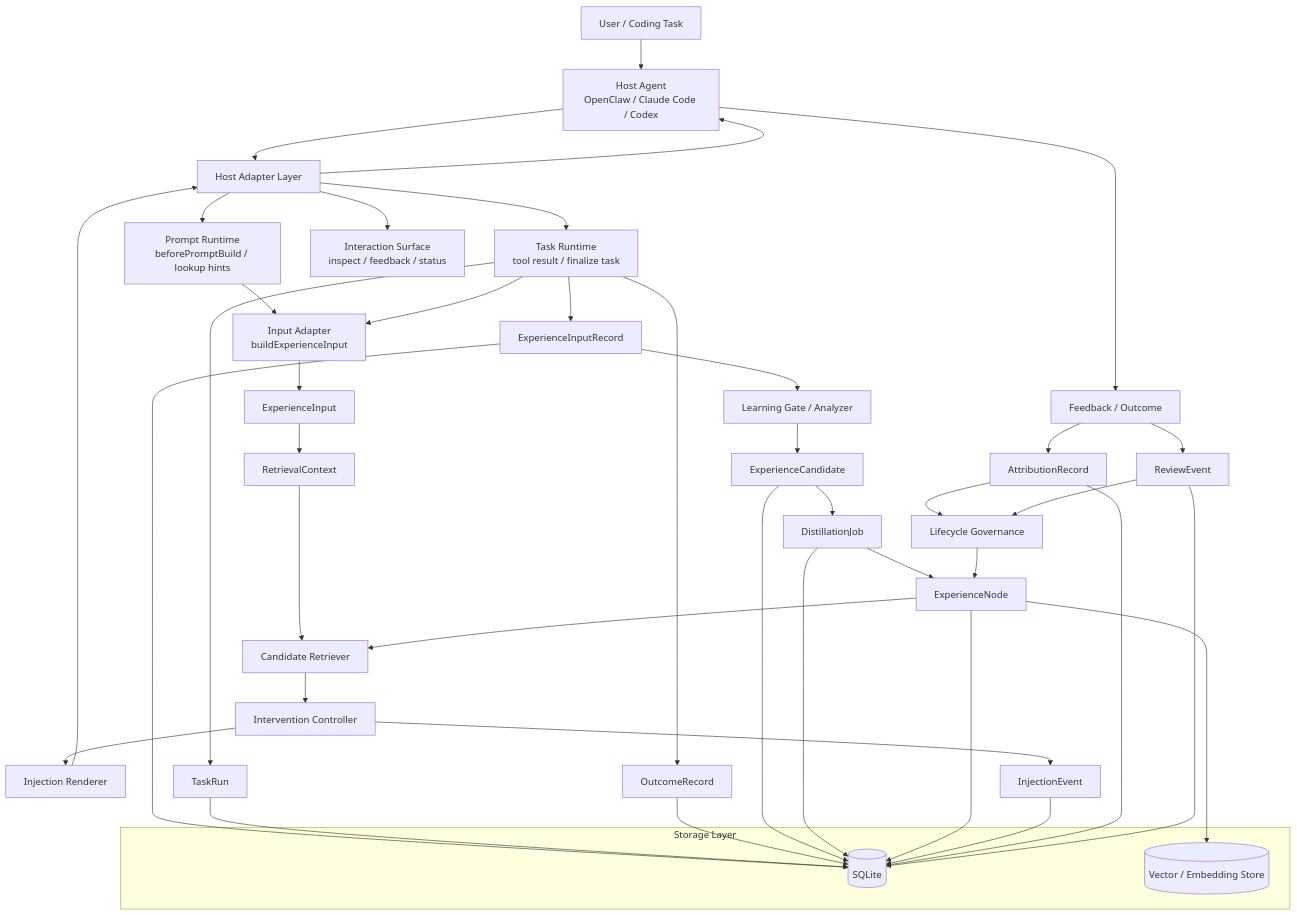
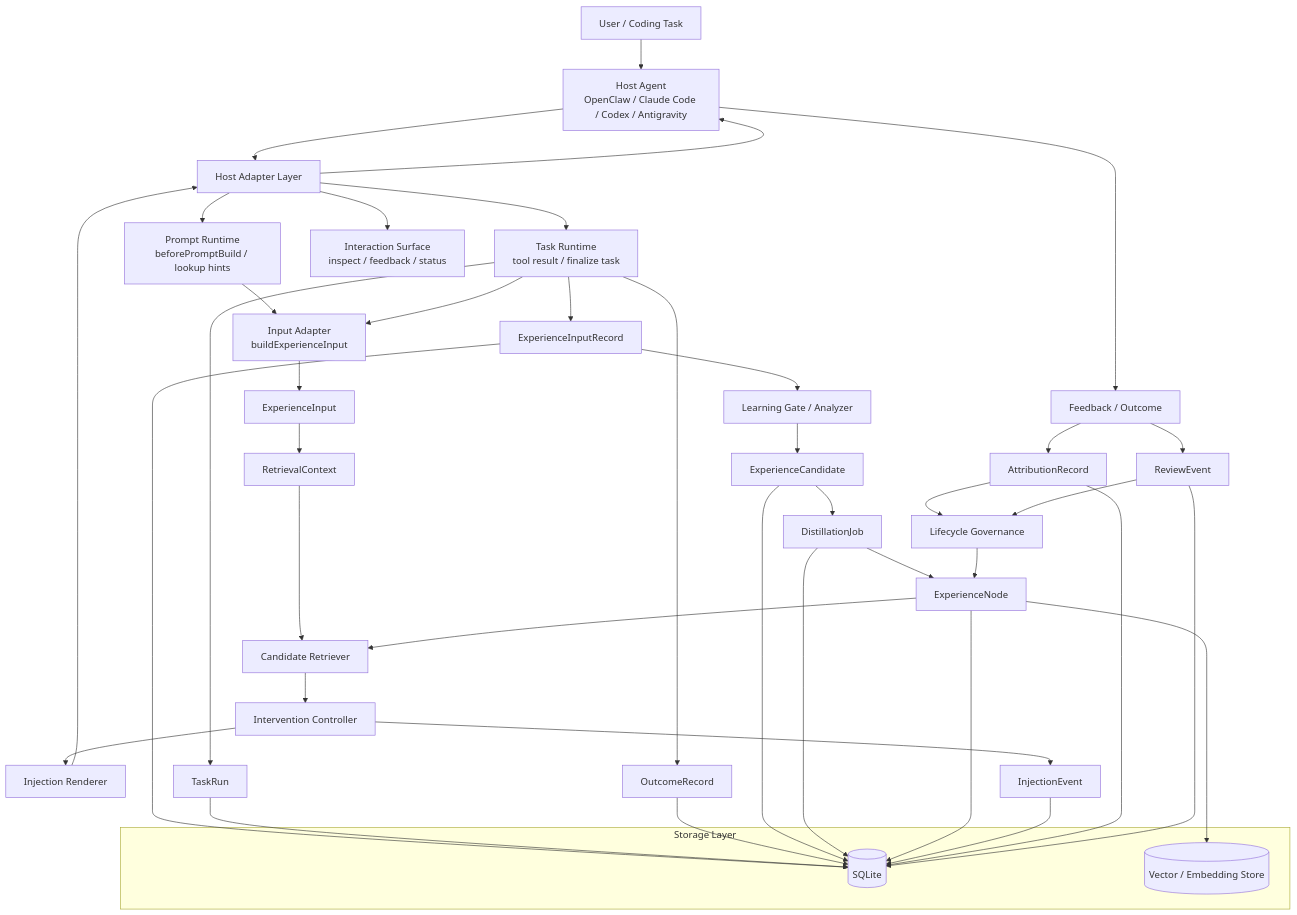
One commit to Alan-512/ExperienceEngine changed the first of 13 diagrams in docs/development/architecture.md. Above: the diagram before and after it, drawn with Mermaid. The commit also changed other lines of this file and 25 other files, not shown here.

````diff
--- a/docs/development/architecture.md
+++ b/docs/development/architecture.md
@@ -119,56 +137,56 @@
 ```mermaid
 flowchart TD
-  User[User / Coding Task] --> Host[Host Agent<br/>OpenClaw / Claude Code / Codex]
+  User[User / Coding Task] --> Host[Host Agent<br/>OpenClaw / Claude Code / Codex / Antigravity]
 
   Host --> Adapter[Host Adapter Layer]
   Adapter --> RuntimePrompt[Prompt Runtime<br/>beforePromptBuild / lookup hints]
   Adapter --> RuntimeTask[Task Runtime<br/>tool result / finalize task]
   Adapter --> Interaction[Interaction Surface<br/>inspect / feedback / status]
 
   RuntimePrompt --> InputAdapter[Input Adapter<br/>buildExperienceInput]
   RuntimeTask --> InputAdapter
 
   InputAdapter --> ExperienceInput[ExperienceInput]
   ExperienceInput --> RetrievalContext[RetrievalContext]
 
   RetrievalContext --> Retriever[Candidate Retriever]
   Retriever --> Intervention[Intervention Controller]
   Intervention --> Renderer[Injection Renderer]
   Renderer --> Adapter
   Adapter --> Host
 
   RuntimeTask --> InputRecord[ExperienceInputRecord]
   RuntimeTask --> TaskRun[TaskRun]
   RuntimeTask --> Outcome[OutcomeRecord]
 
   InputRecord --> LearningGate[Learning Gate / Analyzer]
   LearningGate --> Candidate[ExperienceCandidate]
   Candidate --> DistillationJob[DistillationJob]
   DistillationJob --> Node[ExperienceNode]
 
   Node --> Retriever
 
   Intervention --> InjectionEvent[InjectionEvent]
   Host --> Feedback[Feedback / Outcome]
   Feedback --> Attribution[AttributionRecord]
   Feedback --> Review[ReviewEvent]
   Attribution --> Governance[Lifecycle Governance]
   Review --> Governance
   Governance --> Node
 
   subgraph Storage[Storage Layer]
     SQLite[(SQLite)]
     Vector[(Vector / Embedding Store)]
   end
 
   InputRecord --> SQLite
   TaskRun --> SQLite
   Outcome --> SQLite
   Candidate --> SQLite
   DistillationJob --> SQLite
   Node --> SQLite
   InjectionEvent --> SQLite
   Attribution --> SQLite
   Review --> SQLite
   Node --> Vector
 ```
````
